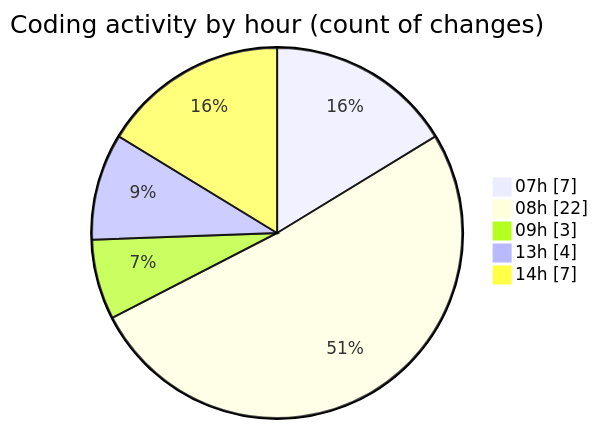
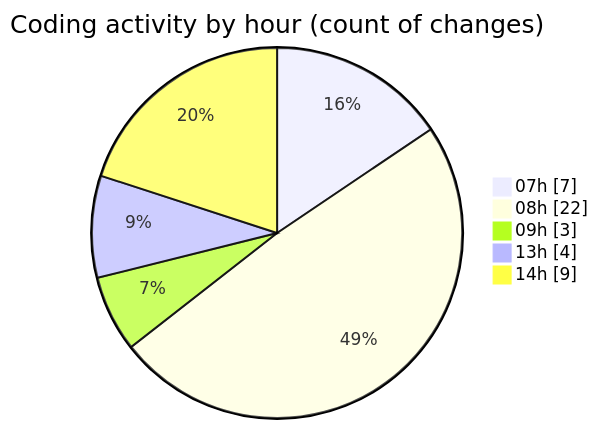
The second of 2 diagrams in 2025-05-04/niten/README.md (Elitesun/code-tracking), drawn with Mermaid before and after one commit. The commit also changed other lines of this file and 1 other file, not shown here.

````diff
--- a/2025-05-04/niten/README.md
+++ b/2025-05-04/niten/README.md
@@ -45,9 +45,9 @@
 ```mermaid
 pie showData
 title Coding activity by hour (count of changes)
 "07h" : 7
 "08h" : 22
 "09h" : 3
 "13h" : 4
-"14h" : 7
+"14h" : 9
 ```
````
